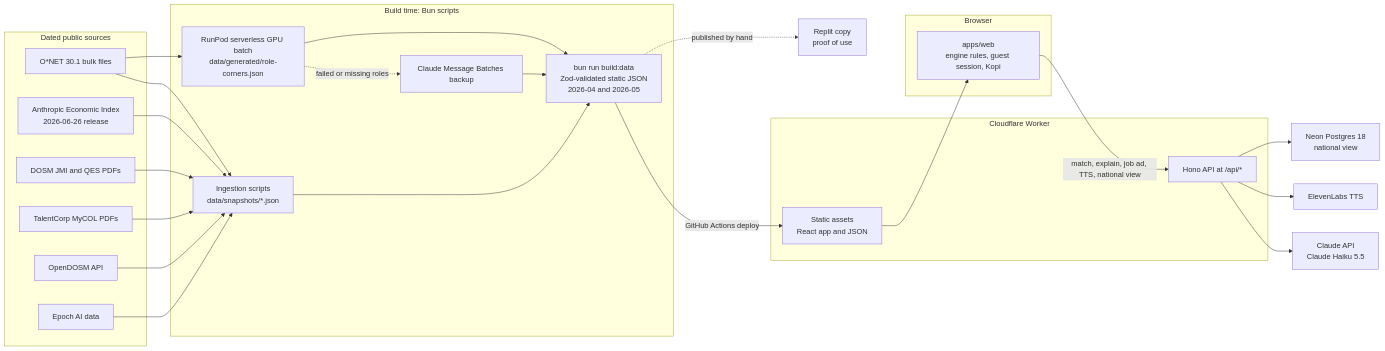
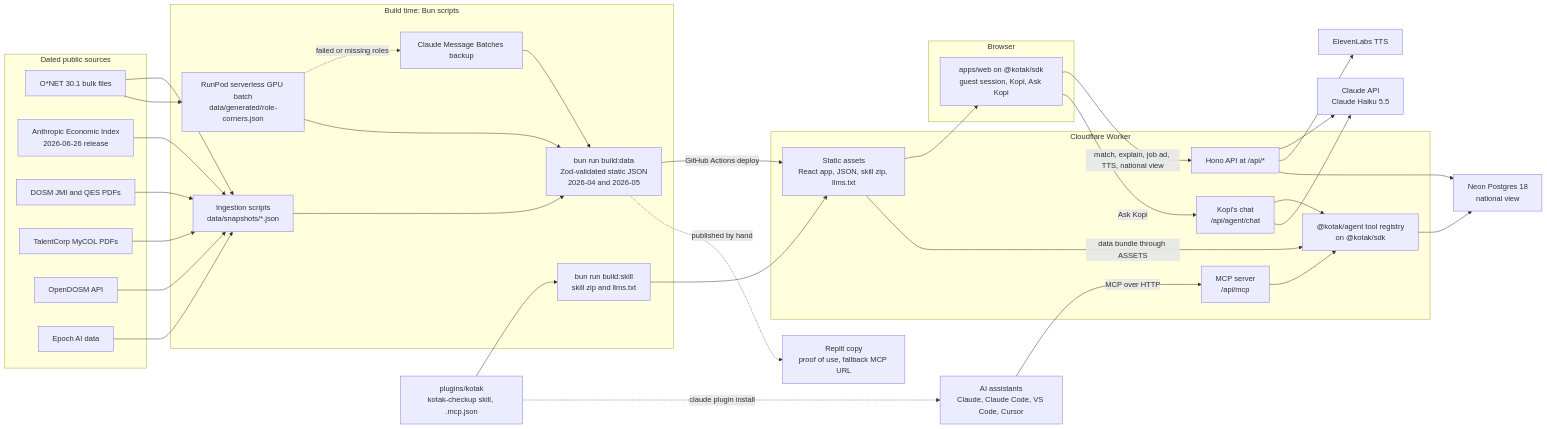
The diagram in docs/TRD.md (TolongLabs/Kotak), drawn with Mermaid before and after one commit. The commit also changed other lines of this file and 64 other files, not shown here.

First line of the commit message:
feat: add the kotak sdk and agent layer

````diff
--- a/docs/TRD.md
+++ b/docs/TRD.md
@@ -164,41 +182,57 @@
 ```mermaid
 flowchart LR
   subgraph Sources["Dated public sources"]
     ONET["O*NET 30.1 bulk files"]
     AEI["Anthropic Economic Index<br/>2026-06-26 release"]
     DOSM["DOSM JMI and QES PDFs"]
     MYCOL["TalentCorp MyCOL PDFs"]
     ODOSM["OpenDOSM API"]
     EPOCH["Epoch AI data"]
   end
   subgraph Build["Build time: Bun scripts"]
     ING["Ingestion scripts<br/>data/snapshots/*.json"]
     RP["RunPod serverless GPU batch<br/>data/generated/role-corners.json"]
     CB["Claude Message Batches backup"]
     BD["bun run build:data<br/>Zod-validated static JSON<br/>2026-04 and 2026-05"]
+    SK["bun run build:skill<br/>skill zip and llms.txt"]
   end
   subgraph Edge["Cloudflare Worker"]
-    ASSETS["Static assets<br/>React app and JSON"]
+    ASSETS["Static assets<br/>React app, JSON, skill zip, llms.txt"]
     API["Hono API at /api/*"]
+    MCP["MCP server<br/>/api/mcp"]
+    CHAT["Kopi's chat<br/>/api/agent/chat"]
+    TOOLS["@kotak/agent tool registry<br/>on @kotak/sdk"]
   end
   subgraph Client["Browser"]
-    WEB["apps/web<br/>engine rules, guest session, Kopi"]
+    WEB["apps/web on @kotak/sdk<br/>guest session, Kopi, Ask Kopi"]
   end
+  PLUGIN["plugins/kotak<br/>kotak-checkup skill, .mcp.json"]
+  ASSIST["AI assistants<br/>Claude, Claude Code, VS Code, Cursor"]
   CLAUDE["Claude API<br/>Claude Haiku 5.5"]
   EL["ElevenLabs TTS"]
   NEON["Neon Postgres 18<br/>national view"]
-  REPLIT["Replit copy<br/>proof of use"]
+  REPLIT["Replit copy<br/>proof of use, fallback MCP URL"]
   ONET & AEI & DOSM & MYCOL & ODOSM & EPOCH --> ING
   ONET --> RP
   RP -. failed or missing roles .-> CB
   ING --> BD
   RP --> BD
   CB --> BD
+  PLUGIN --> SK
   BD -- "GitHub Actions deploy" --> ASSETS
+  SK --> ASSETS
   BD -. "published by hand" .-> REPLIT
   ASSETS --> WEB
   WEB -- "match, explain, job ad, TTS, national view" --> API
+  WEB -- "Ask Kopi" --> CHAT
+  PLUGIN -. "claude plugin install" .-> ASSIST
+  ASSIST -- "MCP over HTTP" --> MCP
+  MCP --> TOOLS
+  CHAT --> TOOLS
+  CHAT --> CLAUDE
+  ASSETS -- "data bundle through ASSETS" --> TOOLS
+  TOOLS --> NEON
   API --> CLAUDE
   API --> EL
   API --> NEON
 ```
````
